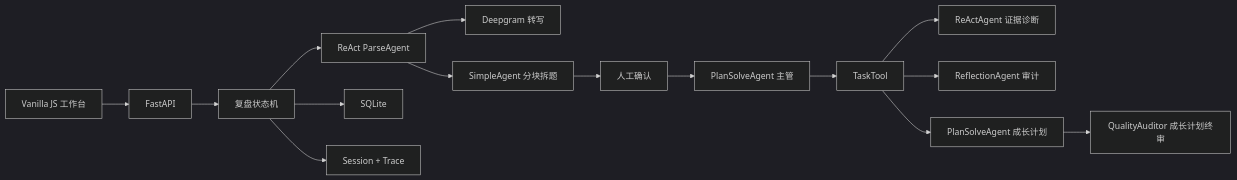
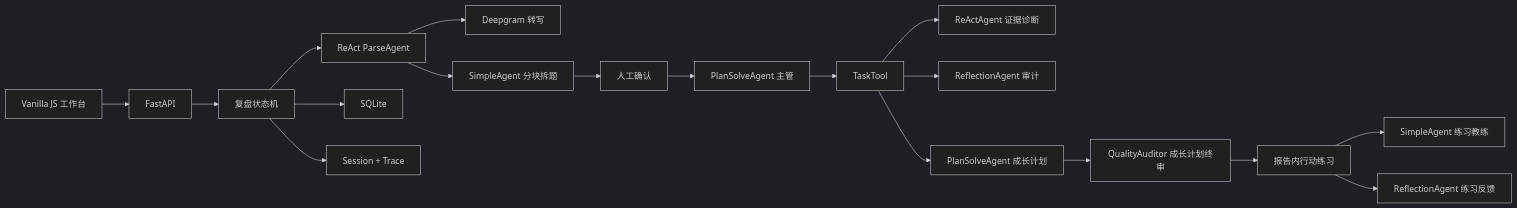
Before and after one commit to HAPPYY2003/interview-review-assistant: the diagram in README.md, drawn with Mermaid (dark theme). The commit also changed other lines of this file and 14 other files, not shown here.

````diff
--- a/README.md
+++ b/README.md
@@ -27,17 +29,20 @@
 ```mermaid
 flowchart LR
     UI["Vanilla JS 工作台"] --> API["FastAPI"]
     API --> WF["复盘状态机"]
     WF --> PA["ReAct ParseAgent"]
     PA --> DG["Deepgram 转写"]
     PA --> WK["SimpleAgent 分块拆题"]
     WK --> HITL["人工确认"]
     HITL --> SP["PlanSolveAgent 主管"]
     SP --> TT["TaskTool"]
     TT --> RA["ReActAgent 证据诊断"]
     TT --> RF["ReflectionAgent 审计"]
     TT --> GP["PlanSolveAgent 成长计划"]
     GP --> GA["QualityAuditor 成长计划终审"]
+    GA --> AP["报告内行动练习"]
+    AP --> PC["SimpleAgent 练习教练"]
+    AP --> PR["ReflectionAgent 练习反馈"]
     WF --> DB["SQLite"]
     WF --> TRACE["Session + Trace"]
 ```
````
